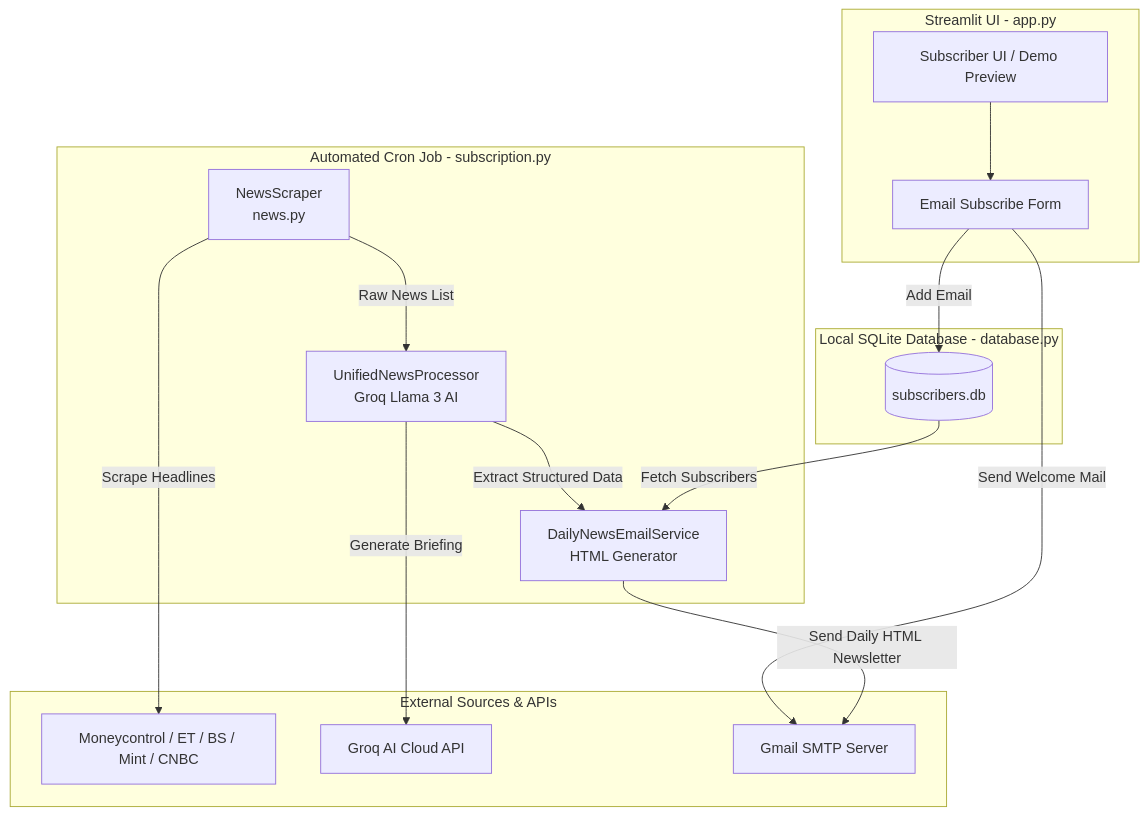
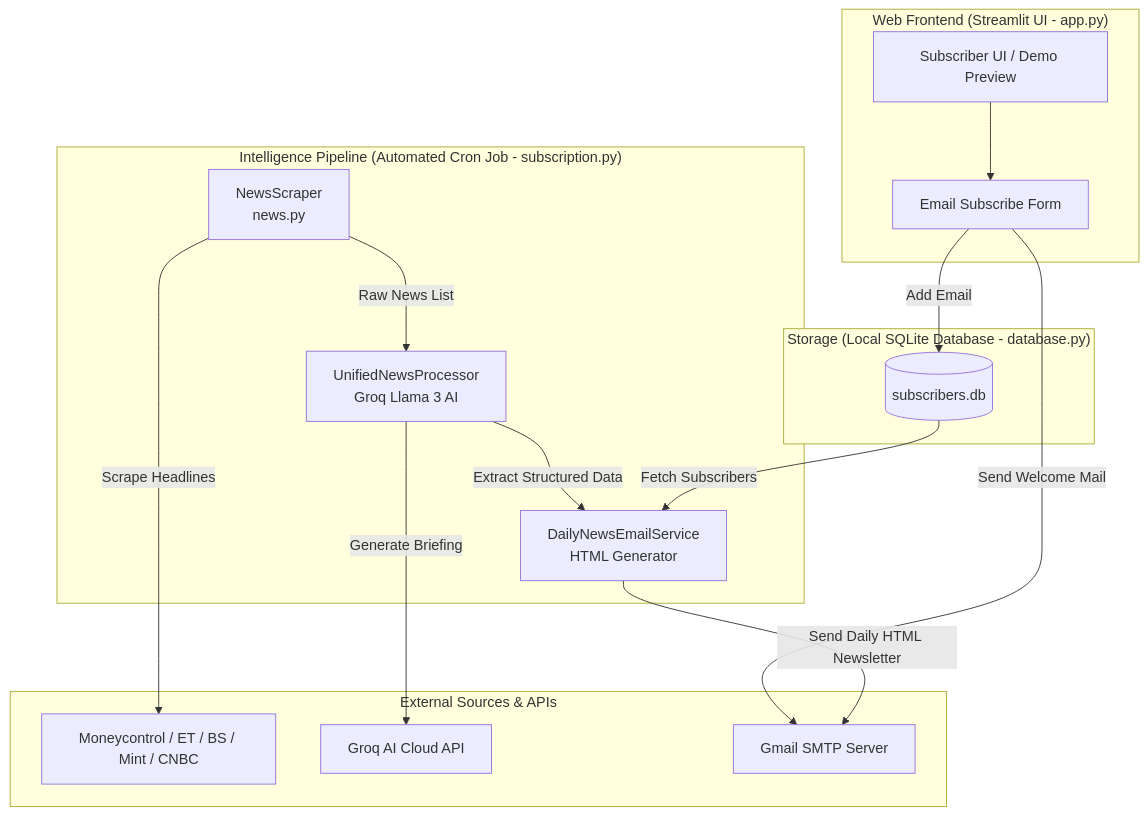
The diagram in context.md (vihansr/finpulse-ai), drawn with Mermaid before and after one commit. The commit also changed 4 other files, not shown here.

````diff
--- a/context.md
+++ b/context.md
@@ -14,36 +14,36 @@
 ```mermaid
 graph TD
-    subgraph Web Frontend [Streamlit UI - app.py]
+    subgraph "Web Frontend (Streamlit UI - app.py)"
         UI[Subscriber UI / Demo Preview]
         Form[Email Subscribe Form]
     end
 
-    subgraph Storage [Local SQLite Database - database.py]
+    subgraph "Storage (Local SQLite Database - database.py)"
         DB[(subscribers.db)]
     end
 
-    subgraph Intelligence Pipeline [Automated Cron Job - subscription.py]
+    subgraph "Intelligence Pipeline (Automated Cron Job - subscription.py)"
         Scraper[NewsScraper<br/>news.py]
         LLM[UnifiedNewsProcessor<br/>Groq Llama 3 AI]
         Digest[DailyNewsEmailService<br/>HTML Generator]
     end
 
-    subgraph External Sources & APIs
+    subgraph "External Sources & APIs"
         MC[Moneycontrol / ET / BS / Mint / CNBC]
         Groq[Groq AI Cloud API]
         SMTP[Gmail SMTP Server]
     end
 
     %% Frontend interactions
     UI --> Form
     Form -->|Add Email| DB
     Form -->|Send Welcome Mail| SMTP
 
     %% Daily workflow
     Scraper -->|Scrape Headlines| MC
     Scraper -->|Raw News List| LLM
     LLM -->|Extract Structured Data| Digest
     LLM -->|Generate Briefing| Groq
     DB -->|Fetch Subscribers| Digest
     Digest -->|Send Daily HTML Newsletter| SMTP
 ```
````
